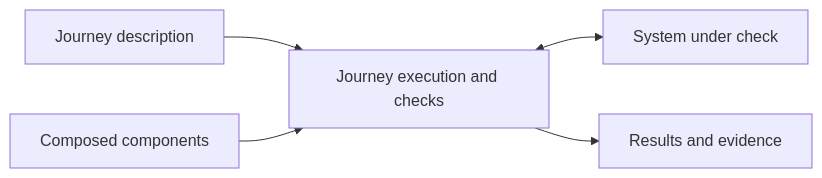
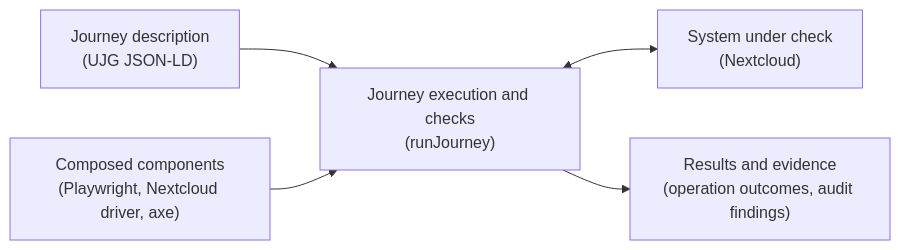
One commit to openuji/journey-mesh changed the first of 5 diagrams in README.md. Above: the diagram before and after it, drawn with Mermaid. The commit also changed other lines of this file, not shown here.

````diff
--- a/README.md
+++ b/README.md
@@ -25,7 +27,7 @@
 ```mermaid
 flowchart LR
-  journey["Journey description"] --> execution["Journey execution and checks"]
-  components["Composed components"] --> execution
-  execution <--> system["System under check"]
-  execution --> evidence["Results and evidence"]
+  journey["Journey description<br/>(UJG JSON-LD)"] --> execution["Journey execution and checks<br/>(runJourney)"]
+  components["Composed components<br/>(Playwright, Nextcloud driver, axe)"] --> execution
+  execution <--> system["System under check<br/>(Nextcloud)"]
+  execution --> evidence["Results and evidence<br/>(operation outcomes, audit findings)"]
 ```
````
